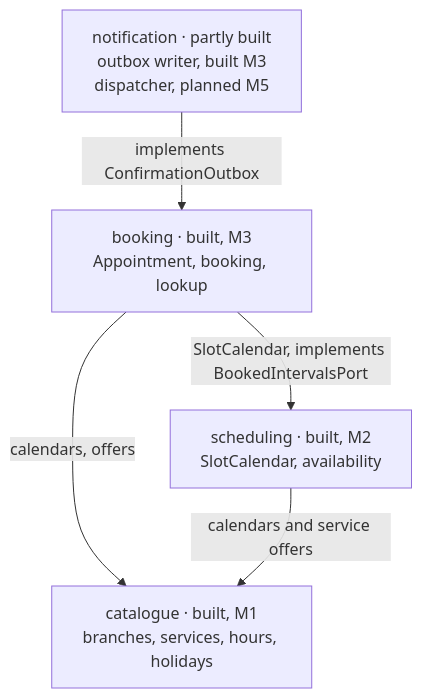
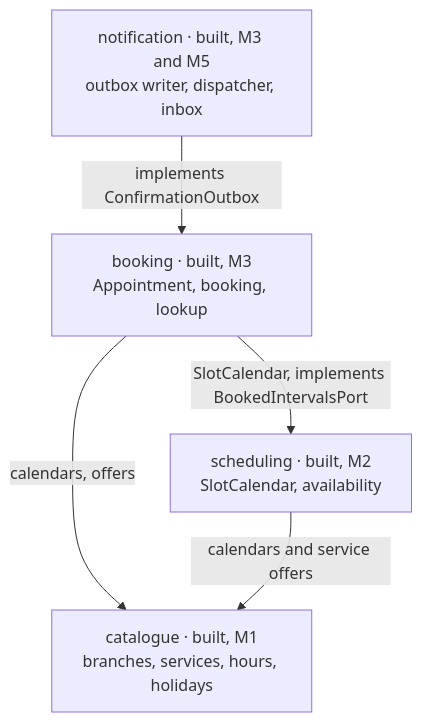
Before and after one commit to KatlehoKomeke/Appointment-Booking-System: the second of 5 diagrams in docs/architecture.md, drawn with Mermaid. The commit also changed other lines of this file and 8 other files, not shown here.

````diff
--- a/docs/architecture.md
+++ b/docs/architecture.md
@@ -116,11 +116,11 @@
 ```mermaid
 flowchart TB
-    notification["notification · partly built<br/>outbox writer, built M3<br/>dispatcher, planned M5"]
+    notification["notification · built, M3 and M5<br/>outbox writer, dispatcher, inbox"]
     booking["booking · built, M3<br/>Appointment, booking, lookup"]
     scheduling["scheduling · built, M2<br/>SlotCalendar, availability"]
     catalogue["catalogue · built, M1<br/>branches, services, hours, holidays"]
     notification -- "implements ConfirmationOutbox" --> booking
     booking -- "SlotCalendar, implements BookedIntervalsPort" --> scheduling
     booking -- "calendars, offers" --> catalogue
     scheduling -- "calendars and service offers" --> catalogue
 ```
````
